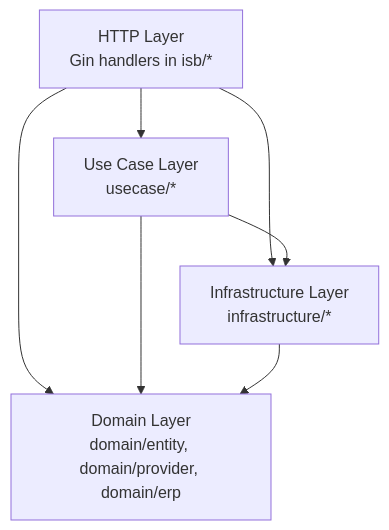
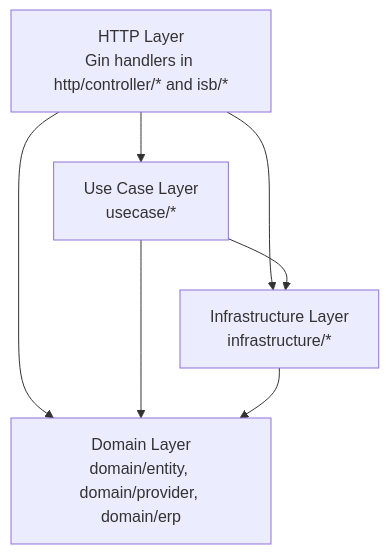
The diagram in docs/architecture/README.md (buzyka/imlate), drawn with Mermaid before and after one commit. The commit also changed other lines of this file and 40 other files, not shown here.

````diff
--- a/docs/architecture/README.md
+++ b/docs/architecture/README.md
@@ -41,14 +43,14 @@
 ```mermaid
 graph TD
-  HTTP["HTTP Layer<br/>Gin handlers in isb/*"]
+  HTTP["HTTP Layer<br/>Gin handlers in http/controller/* and isb/*"]
   UseCase["Use Case Layer<br/>usecase/*"]
   Domain["Domain Layer<br/>domain/entity, domain/provider, domain/erp"]
   Infra["Infrastructure Layer<br/>infrastructure/*"]
 
   HTTP --> UseCase
   HTTP --> Domain
   UseCase --> Domain
   Infra --> Domain
   HTTP --> Infra
   UseCase --> Infra
 ```
````
